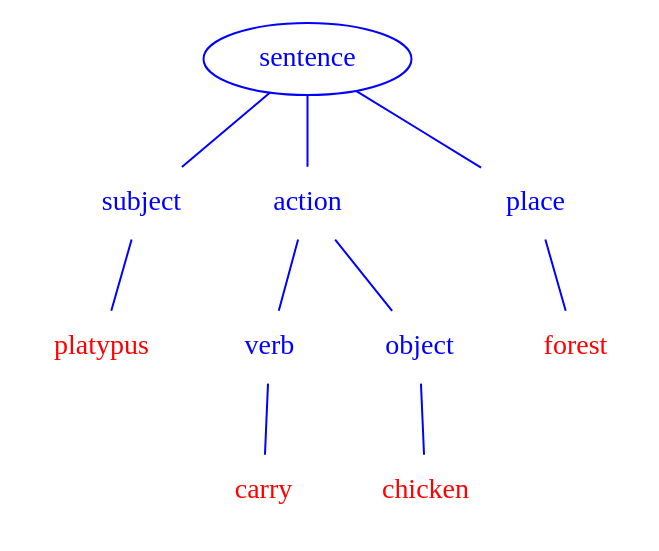
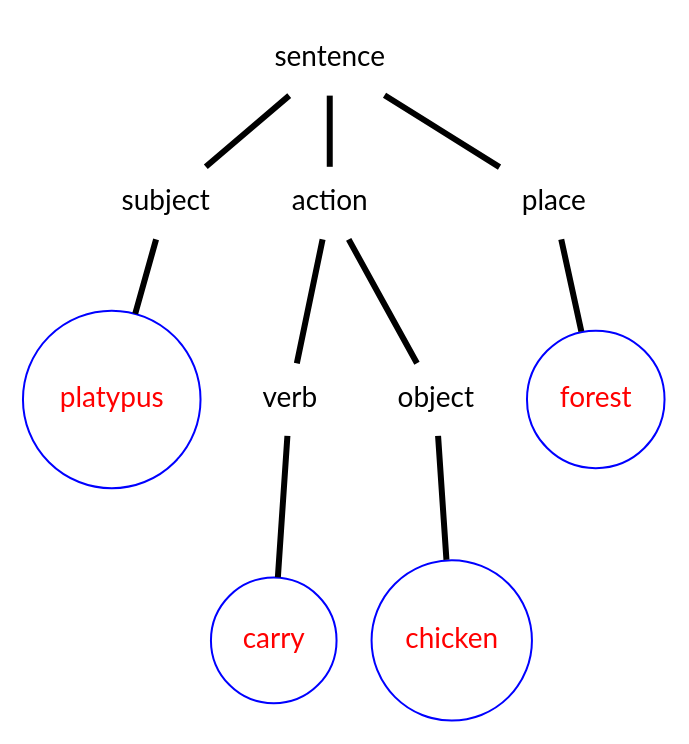
The first of 3 diagrams in 2013-eurucamp/presentation.md (plexus/conf-talks), drawn with Graphviz before and after one commit. The commit also changed other lines of this file and 30 other files, not shown here.

`````diff
--- a/2013-eurucamp/presentation.md
+++ b/2013-eurucamp/presentation.md
@@ -159,28 +157,28 @@
 ````dot
 graph platypus {
-  node[shape=none color=blue fontcolor=blue];
-  edge[color=blue];
+  node[shape=none color=blue fontname="Lato"]
+  edge[dir=none color=black penwidth=3]
 
-  s[label=sentence shape=oval];
+  s[label=sentence shape=none];
   subject[];
   action[];
   place[];
   verb[];
   object[];
 
-  platypus[fontcolor=red];
-  carry[fontcolor=red];
-  chicken[fontcolor=red];
-  forest[fontcolor=red];
+  platypus[fontcolor=red shape=circle];
+  carry[fontcolor=red shape=circle];
+  chicken[fontcolor=red shape=circle];
+  forest[fontcolor=red shape=circle];
 
   s -- subject
   subject -- platypus
   s -- action
   action -- verb
   action -- object
   verb -- carry
   object -- chicken
   s -- place
   place -- forest;
 }
 ````
`````
